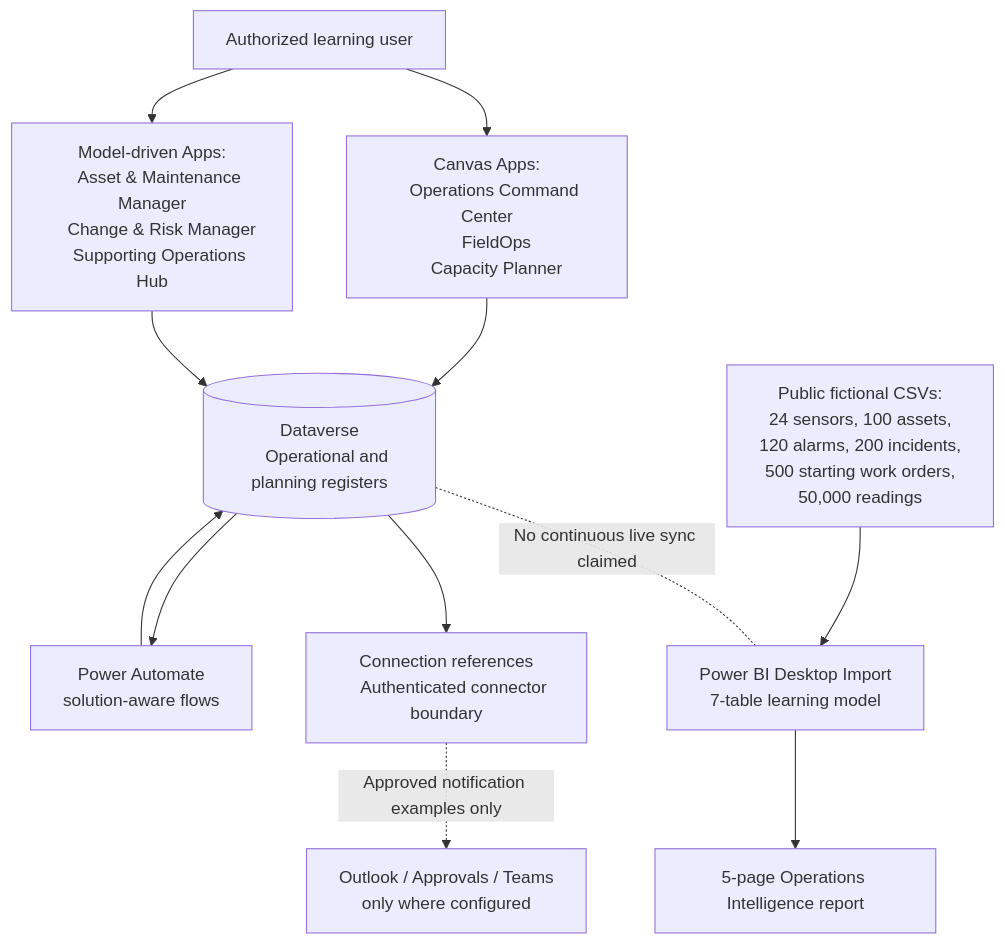
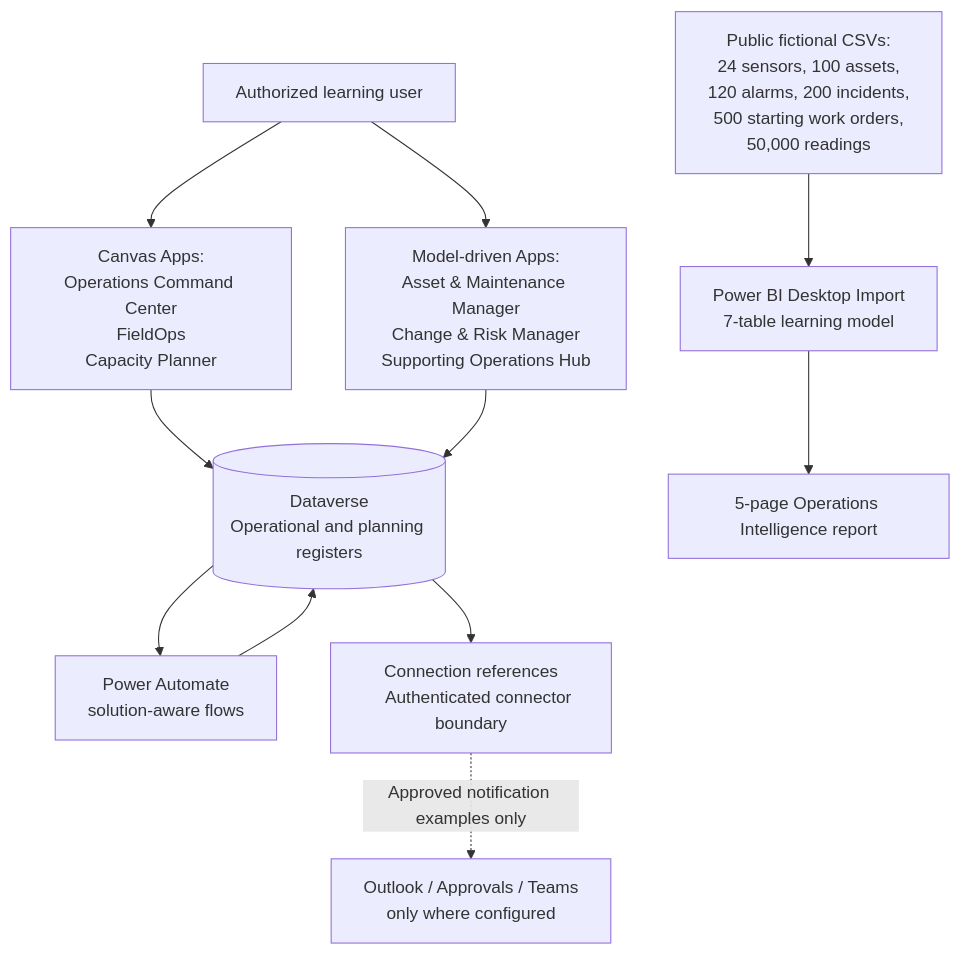
One commit to SunnyVerseAILabs/SunnyVerse-Intelligent-Applications-AB410 changed the diagram in Portfolio-Projects/Data-Center-Operations-360/portfolio/Architecture.md. Above: the diagram before and after it, drawn with Mermaid.

Commit message:
docs(dc360): clarify no telemetry link and render-safe architecture diagram

````diff
--- a/Portfolio-Projects/Data-Center-Operations-360/portfolio/Architecture.md
+++ b/Portfolio-Projects/Data-Center-Operations-360/portfolio/Architecture.md
@@ -9,29 +9,14 @@
 ```mermaid
 flowchart TB
     USER[Authorized learning user] --> CANVAS
     USER --> MDA
-    CANVAS[Canvas Apps:
-    Operations Command Center
-    FieldOps
-    Capacity Planner] --> DV[(Dataverse
-    Operational and planning registers)]
-    MDA[Model-driven Apps:
-    Asset & Maintenance Manager
-    Change & Risk Manager
-    Supporting Operations Hub] --> DV
-    DV --> FLOW[Power Automate
-    solution-aware flows]
+    CANVAS["Canvas Apps:<br/>Operations Command Center<br/>FieldOps<br/>Capacity Planner"] --> DV[("Dataverse<br/>Operational and planning registers")]
+    MDA["Model-driven Apps:<br/>Asset & Maintenance Manager<br/>Change & Risk Manager<br/>Supporting Operations Hub"] --> DV
+    DV --> FLOW["Power Automate<br/>solution-aware flows"]
     FLOW --> DV
     DV --> CONNECT[Connection references
     Authenticated connector boundary]
-    CONNECT -. Approved notification examples only .-> M365[Outlook / Approvals / Teams
-    only where configured]
-    CSV[Public fictional CSVs:
-    24 sensors, 100 assets,
-    120 alarms, 200 incidents,
-    500 starting work orders,
-    50,000 readings] --> BI[Power BI Desktop Import
-    7-table learning model]
-    BI --> REPORT[5-page Operations Intelligence report]
-    DV -. No continuous live sync claimed .- BI
+    CONNECT -. "Approved notification examples only" .-> M365["Outlook / Approvals / Teams<br/>only where configured"]
+    CSV["Public fictional CSVs:<br/>24 sensors, 100 assets,<br/>120 alarms, 200 incidents,<br/>500 starting work orders,<br/>50,000 readings"] --> BI["Power BI Desktop Import<br/>7-table learning model"]
+    BI --> REPORT["5-page Operations Intelligence report"]
 ```
````
